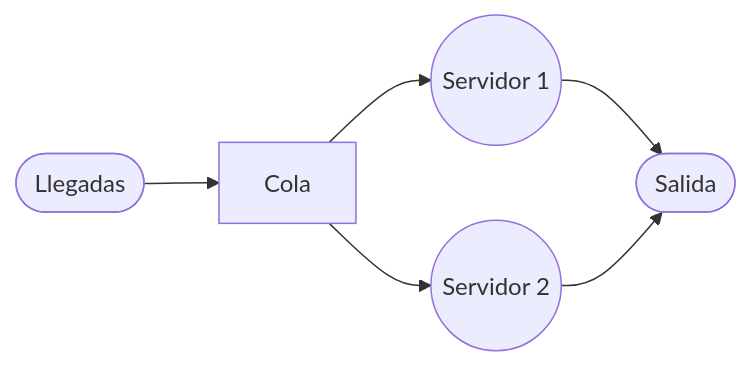
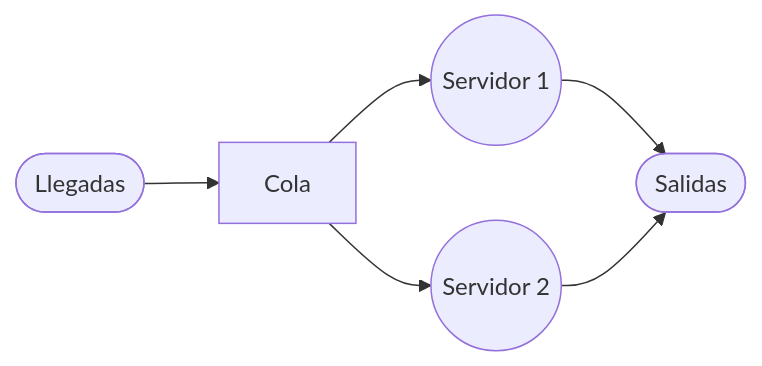
Before and after one commit to Ruelas2022ETNumsa/University_vault_2026: the second of 3 diagrams in practica 3 806.md, drawn with Mermaid. The commit also changed other lines of this file and 1 other file, not shown here.

````diff
--- a/practica 3 806.md
+++ b/practica 3 806.md
@@ -560,8 +535,8 @@
 ```mermaid
 flowchart LR
-    L([Llegadas]) --> Q[Cola]
-    Q --> S1((Servidor 1))
-    Q --> S2((Servidor 2))
-    S1 --> O([Salida])
-    S2 --> O
+L([Llegadas]) --> Q[Cola]
+Q --> S1((Servidor 1))
+Q --> S2((Servidor 2))
+S1 --> O([Salidas])
+S2 --> O
 ```
````
